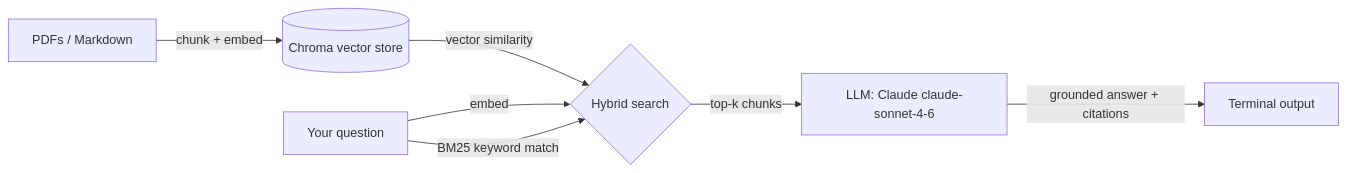
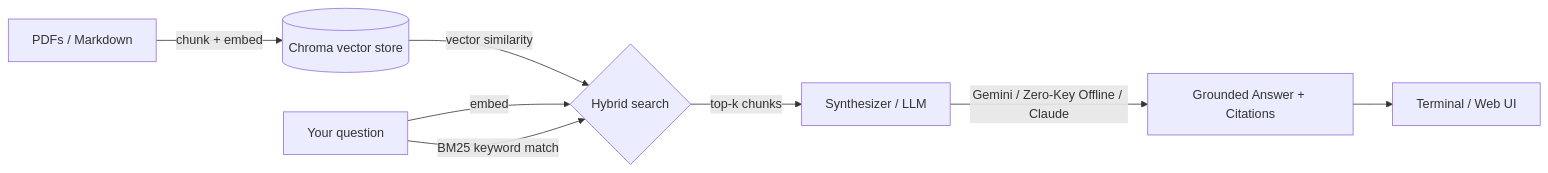
The diagram in README.md (Sege-Peter/Notes-QA), drawn with Mermaid before and after one commit. The commit also changed other lines of this file and 9 other files, not shown here.

Commit message:
Add Google Gemini and Zero API Key offline mode support

````diff
--- a/README.md
+++ b/README.md
@@ -20,9 +22,10 @@
 ```mermaid
 flowchart LR
     A[PDFs / Markdown] -->|chunk + embed| B[(Chroma vector store)]
     Q[Your question] -->|embed| C{Hybrid search}
     B -->|vector similarity| C
     Q -->|BM25 keyword match| C
-    C -->|top-k chunks| D[LLM: Claude claude-sonnet-4-6]
-    D -->|grounded answer + citations| E[Terminal output]
+    C -->|top-k chunks| D[Synthesizer / LLM]
+    D -->|Gemini / Zero-Key Offline / Claude| E[Grounded Answer + Citations]
+    E --> F[Terminal / Web UI]
 ```
````
